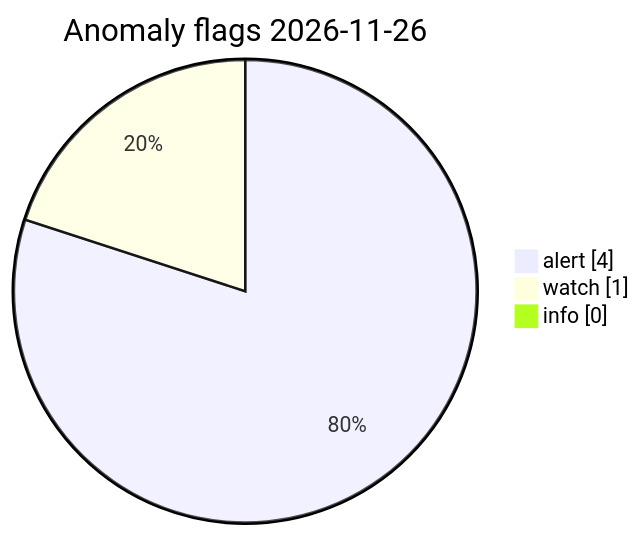
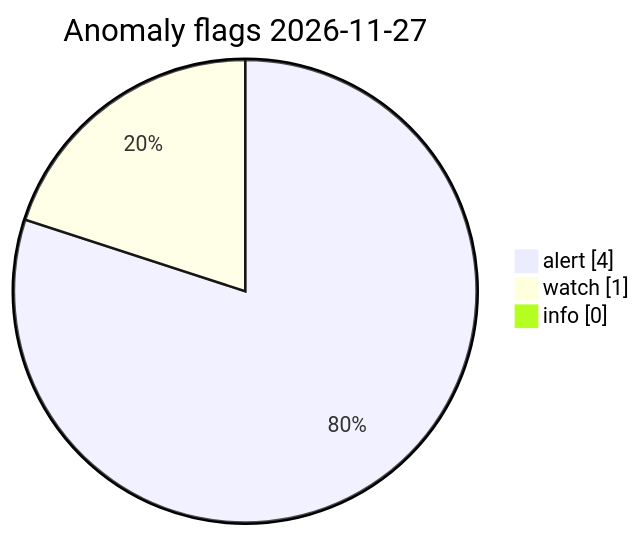
Before and after one commit to Midwest-Stratospheric/Unified-Open-Global-Weather: the diagram in visuals/latest/CHARTS.md, drawn with Mermaid. The commit also changed other lines of this file and 23 other files, not shown here.

Commit message:
data(visuals): automated charts 2026-11-27T14:30Z

````diff
--- a/visuals/latest/CHARTS.md
+++ b/visuals/latest/CHARTS.md
@@ -73,7 +73,7 @@
 ```mermaid
 pie showData
-  title Anomaly flags 2026-11-26
+  title Anomaly flags 2026-11-27
   "alert" : 4
   "watch" : 1
   "info" : 0
 ```
````
